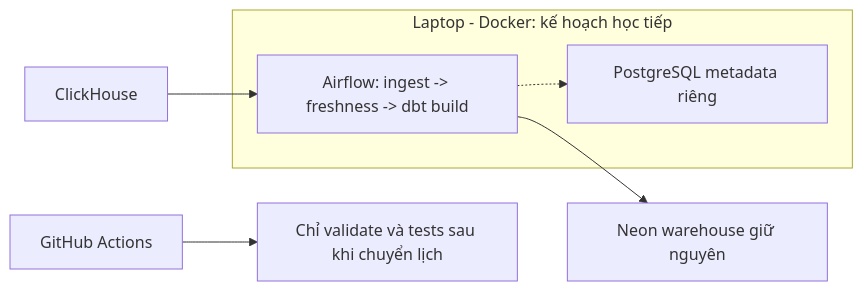
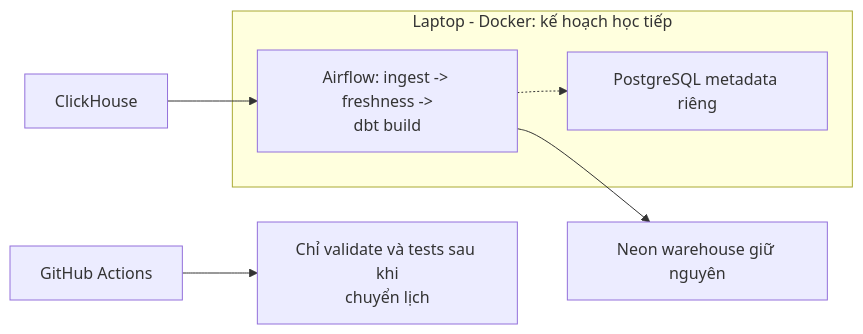
One commit to PhucTruong11/laplaptech_pipeline changed the seventh of 7 diagrams in docs/architecture/data_flow.md. Above: the diagram before and after it, drawn with Mermaid. The commit also changed other lines of this file and 60 other files, not shown here.

````diff
--- a/docs/architecture/data_flow.md
+++ b/docs/architecture/data_flow.md
@@ -222,11 +208,12 @@
 ```mermaid
+%%{init: {"flowchart": {"htmlLabels": false}}}%%
 flowchart LR
     subgraph LOCAL["Laptop - Docker: kế hoạch học tiếp"]
-        AF["Airflow: ingest -> freshness -> dbt build"]
+        AF["Airflow: ingest -> freshness -><br/>dbt build"]
         META["PostgreSQL metadata riêng"]
         AF -.-> META
     end
     SRC["ClickHouse"] --> AF
     AF --> N["Neon warehouse giữ nguyên"]
-    GIT["GitHub Actions"] --> CI["Chỉ validate và tests sau khi chuyển lịch"]
+    GIT["GitHub Actions"] --> CI["Chỉ validate và tests sau khi<br/>chuyển lịch"]
 ```
````
